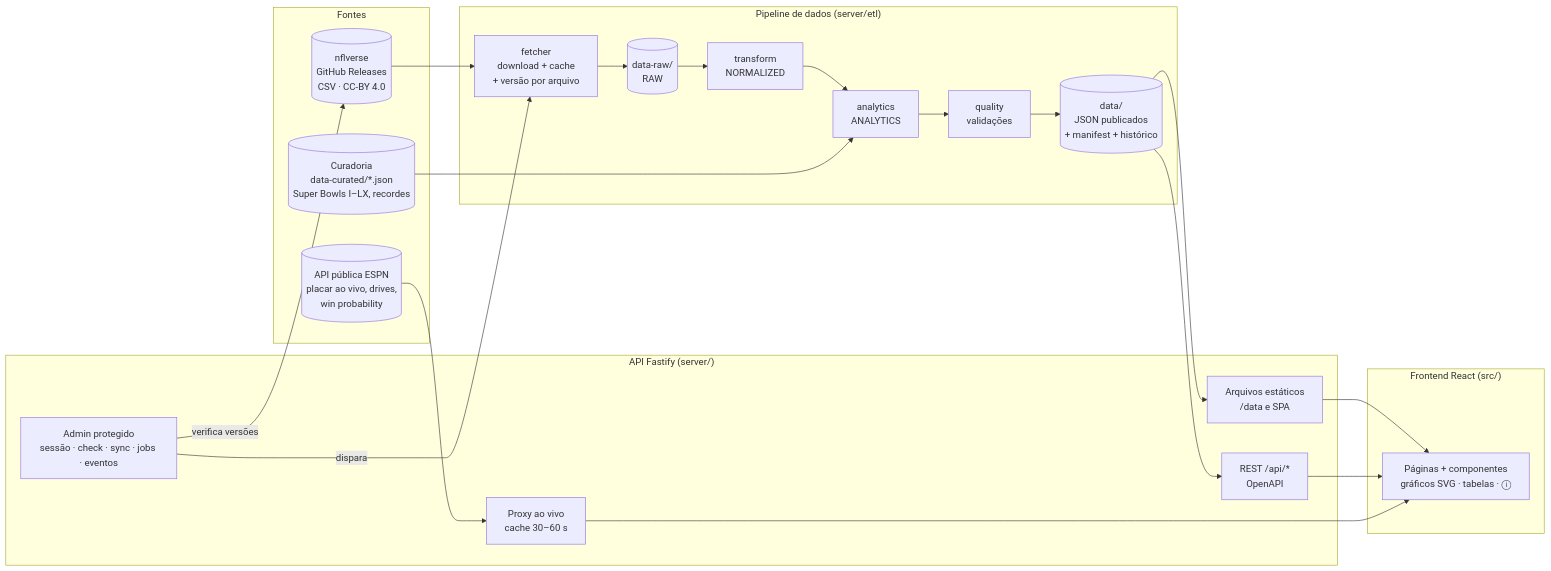
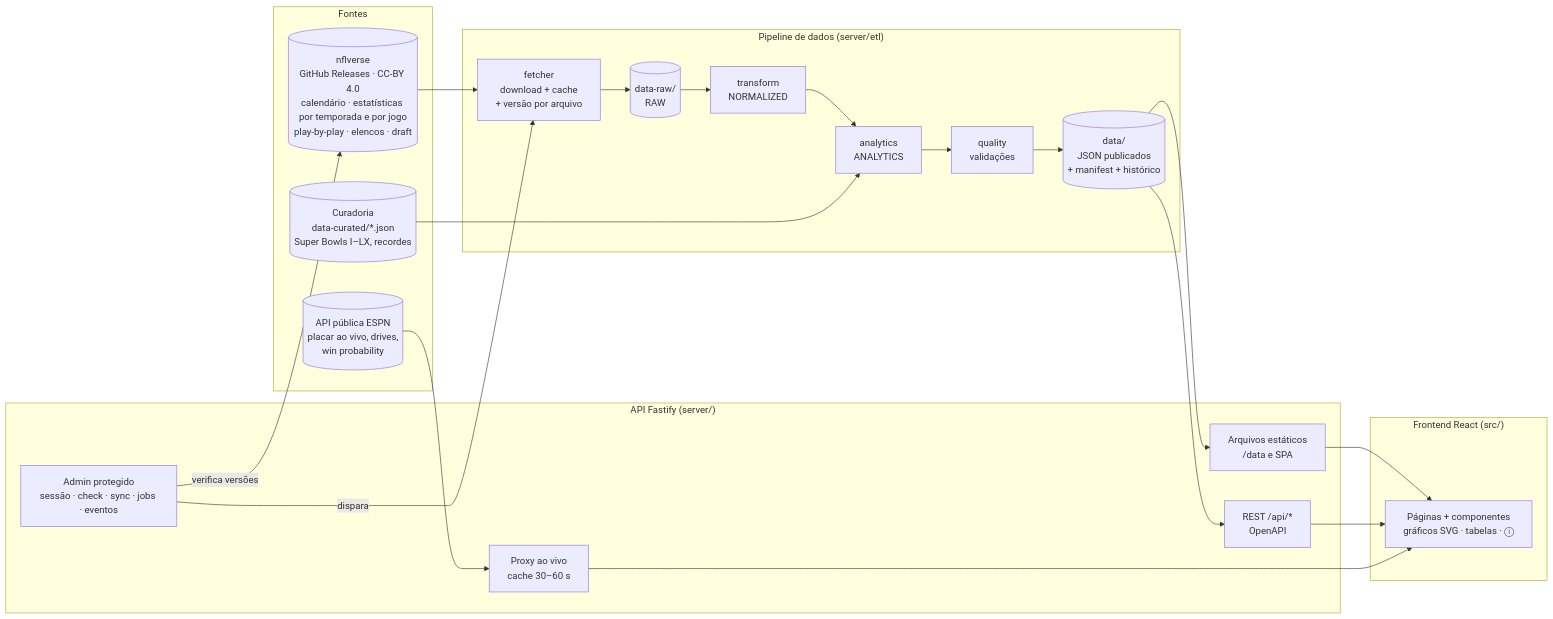
Before and after one commit to lucasllimati/end-zone-analytics: the first of 4 diagrams in docs/GUIA_COMPLETO.md, drawn with Mermaid. The commit also changed other lines of this file and 23 other files, not shown here.

````diff
--- a/docs/GUIA_COMPLETO.md
+++ b/docs/GUIA_COMPLETO.md
@@ -34,38 +34,38 @@
 ```mermaid
 flowchart LR
     subgraph Fontes
-        NV[(nflverse<br/>GitHub Releases<br/>CSV · CC-BY 4.0)]
+        NV[(nflverse<br/>GitHub Releases · CC-BY 4.0<br/>calendário · estatísticas por temporada e por jogo<br/>play-by-play · elencos · draft)]
         CUR[(Curadoria<br/>data-curated/*.json<br/>Super Bowls I–LX, recordes)]
         ESPN[(API pública ESPN<br/>placar ao vivo, drives,<br/>win probability)]
     end
 
     subgraph Pipeline["Pipeline de dados (server/etl)"]
         F[fetcher<br/>download + cache<br/>+ versão por arquivo] --> RAW[(data-raw/<br/>RAW)]
         RAW --> T[transform<br/>NORMALIZED]
         T --> A[analytics<br/>ANALYTICS]
         CUR --> A
         A --> Q[quality<br/>validações]
         Q --> PUB[(data/<br/>JSON publicados<br/>+ manifest + histórico)]
     end
 
     subgraph Servidor["API Fastify (server/)"]
         API[REST /api/*<br/>OpenAPI]
         ADM[Admin protegido<br/>sessão · check · sync · jobs · eventos]
         LIVE[Proxy ao vivo<br/>cache 30–60 s]
         STA[Arquivos estáticos<br/>/data e SPA]
     end
 
     subgraph Front["Frontend React (src/)"]
         UI[Páginas + componentes<br/>gráficos SVG · tabelas · ⓘ]
     end
 
     NV --> F
     PUB --> API
     PUB --> STA
     ESPN --> LIVE
     ADM -->|dispara| F
     ADM -->|verifica versões| NV
     STA --> UI
     API --> UI
     LIVE --> UI
 ```
````
